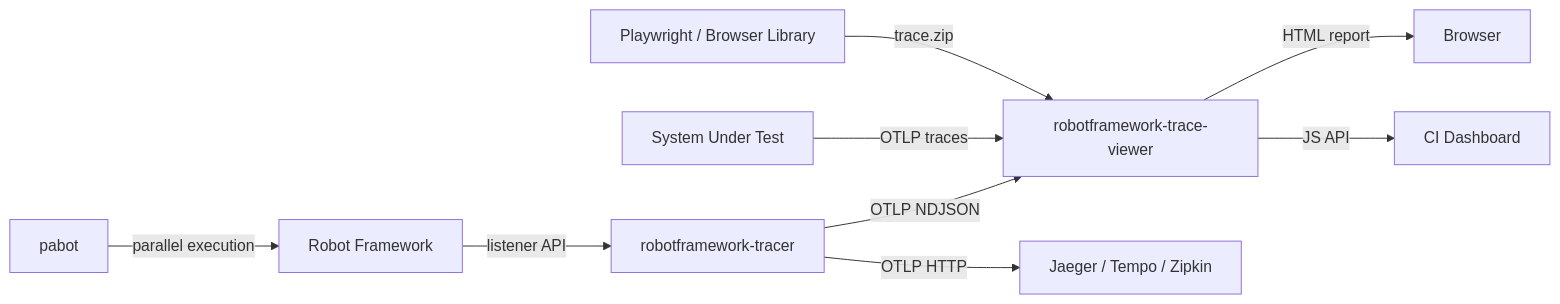
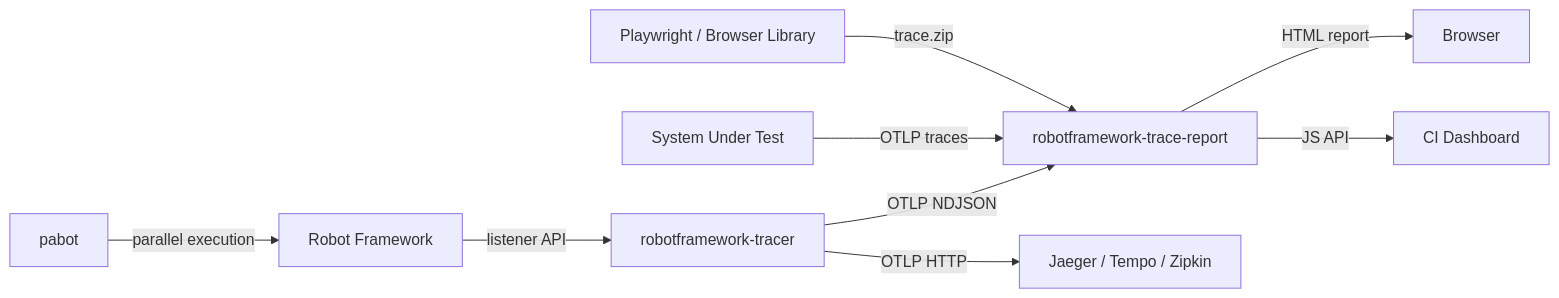
The second of 3 diagrams in .kiro/specs/rf-html-report-replacement/design.md (xtergo/robotframework-trace-report), drawn with Mermaid before and after one commit. The commit also changed other lines of this file and 13 other files, not shown here.

First line of the commit message:
Implement timeline.js viewer and migrate naming to trace-report

````diff
--- a/.kiro/specs/rf-html-report-replacement/design.md
+++ b/.kiro/specs/rf-html-report-replacement/design.md
@@ -54,11 +54,11 @@
 ```mermaid
 graph LR
     RF[Robot Framework] -->|listener API| T[robotframework-tracer]
     P[pabot] -->|parallel execution| RF
-    T -->|OTLP NDJSON| V[robotframework-trace-viewer]
+    T -->|OTLP NDJSON| V[robotframework-trace-report]
     T -->|OTLP HTTP| B[Jaeger / Tempo / Zipkin]
     SUT[System Under Test] -->|OTLP traces| V
     PW[Playwright / Browser Library] -->|trace.zip| V
     V -->|HTML report| Browser
     V -->|JS API| Dashboard[CI Dashboard]
 ```
````
